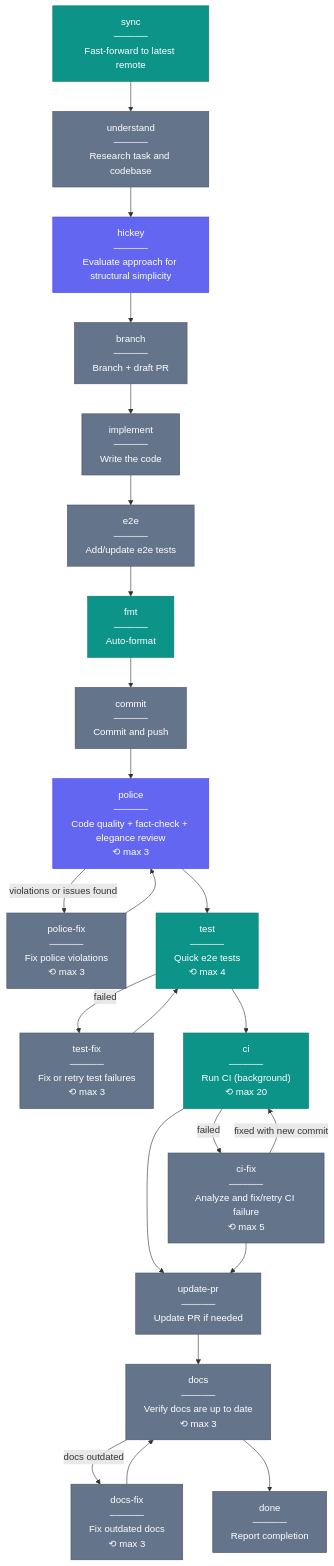
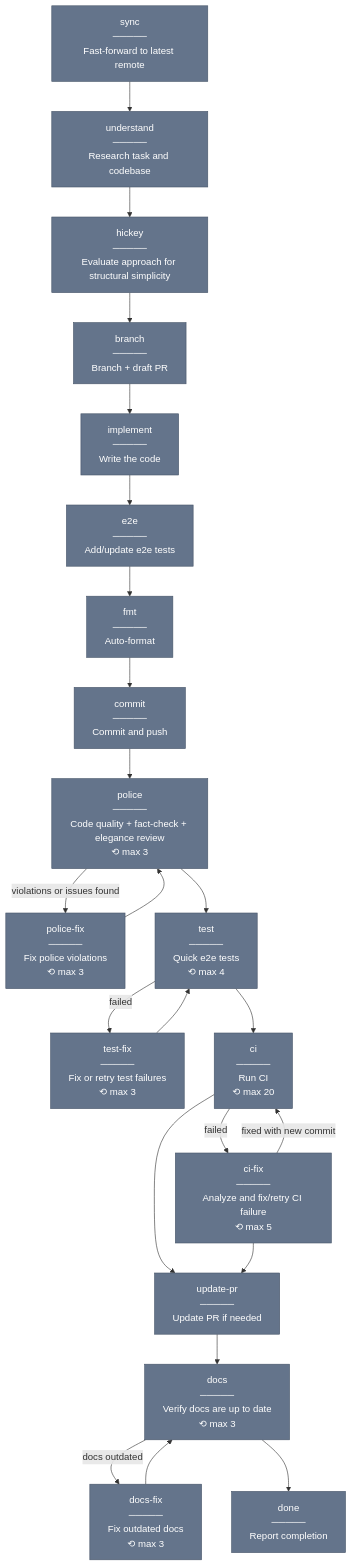
Before and after one commit to juspay/kolu: the diagram in .claude/workflows/README.md, drawn with Mermaid. The commit also changed other lines of this file and 5 other files, not shown here.

````diff
--- a/.claude/workflows/README.md
+++ b/.claude/workflows/README.md
@@ -52,51 +45,47 @@
 ```mermaid
 flowchart TD
   sync["sync\n─────\nFast-forward to latest remote"]
   understand["understand\n─────\nResearch task and codebase"]
   hickey["hickey\n─────\nEvaluate approach for structural simplicity"]
   branch["branch\n─────\nBranch + draft PR"]
   implement["implement\n─────\nWrite the code"]
   e2e["e2e\n─────\nAdd/update e2e tests"]
   fmt["fmt\n─────\nAuto-format"]
   commit["commit\n─────\nCommit and push"]
   police["police\n─────\nCode quality + fact-check + elegance review\n⟲ max 3"]
   police-fix["police-fix\n─────\nFix police violations\n⟲ max 3"]
   test["test\n─────\nQuick e2e tests\n⟲ max 4"]
   test-fix["test-fix\n─────\nFix or retry test failures\n⟲ max 3"]
-  ci["ci\n─────\nRun CI (background)\n⟲ max 20"]
+  ci["ci\n─────\nRun CI\n⟲ max 20"]
   ci-fix["ci-fix\n─────\nAnalyze and fix/retry CI failure\n⟲ max 5"]
   update-pr["update-pr\n─────\nUpdate PR if needed"]
   docs["docs\n─────\nVerify docs are up to date\n⟲ max 3"]
   docs-fix["docs-fix\n─────\nFix outdated docs\n⟲ max 3"]
   done["done\n─────\nReport completion"]
 
   sync --> understand
   understand --> hickey
   hickey --> branch
   branch --> implement
   implement --> e2e
   e2e --> fmt
   fmt --> commit
   commit --> police
   police -->|"violations or issues found"| police-fix
   police --> test
   police-fix --> police
   test -->|"failed"| test-fix
   test --> ci
   test-fix --> test
   ci -->|"failed"| ci-fix
   ci --> update-pr
   ci-fix -->|"fixed with new commit"| ci
   ci-fix --> update-pr
   update-pr --> docs
   docs -->|"docs outdated"| docs-fix
   docs --> done
   docs-fix --> docs
 
-  classDef skill fill:#6366f1,stroke:#4f46e5,color:#fff
-  classDef run fill:#0d9488,stroke:#0f766e,color:#fff
   classDef prompt fill:#64748b,stroke:#475569,color:#fff
-  class hickey,police skill
-  class sync,fmt,test,ci run
-  class understand,branch,implement,e2e,commit,police-fix,test-fix,ci-fix,update-pr,docs,docs-fix,done prompt
+  class sync,understand,hickey,branch,implement,e2e,fmt,commit,police,police-fix,test,test-fix,ci,ci-fix,update-pr,docs,docs-fix,done prompt
 ```
````
